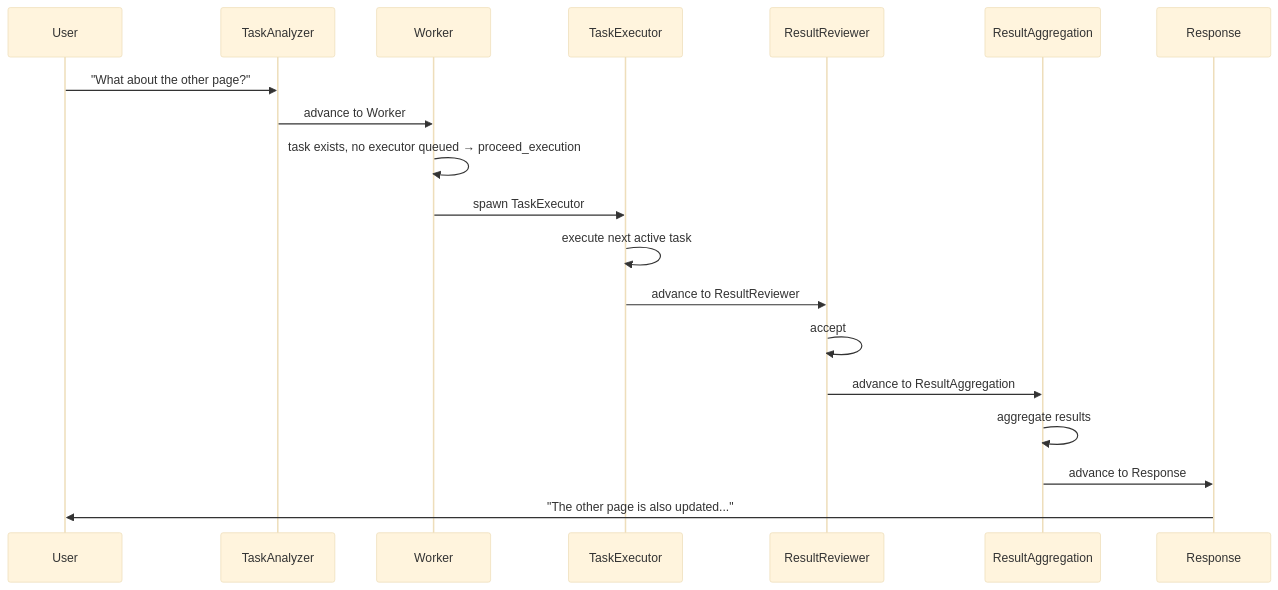
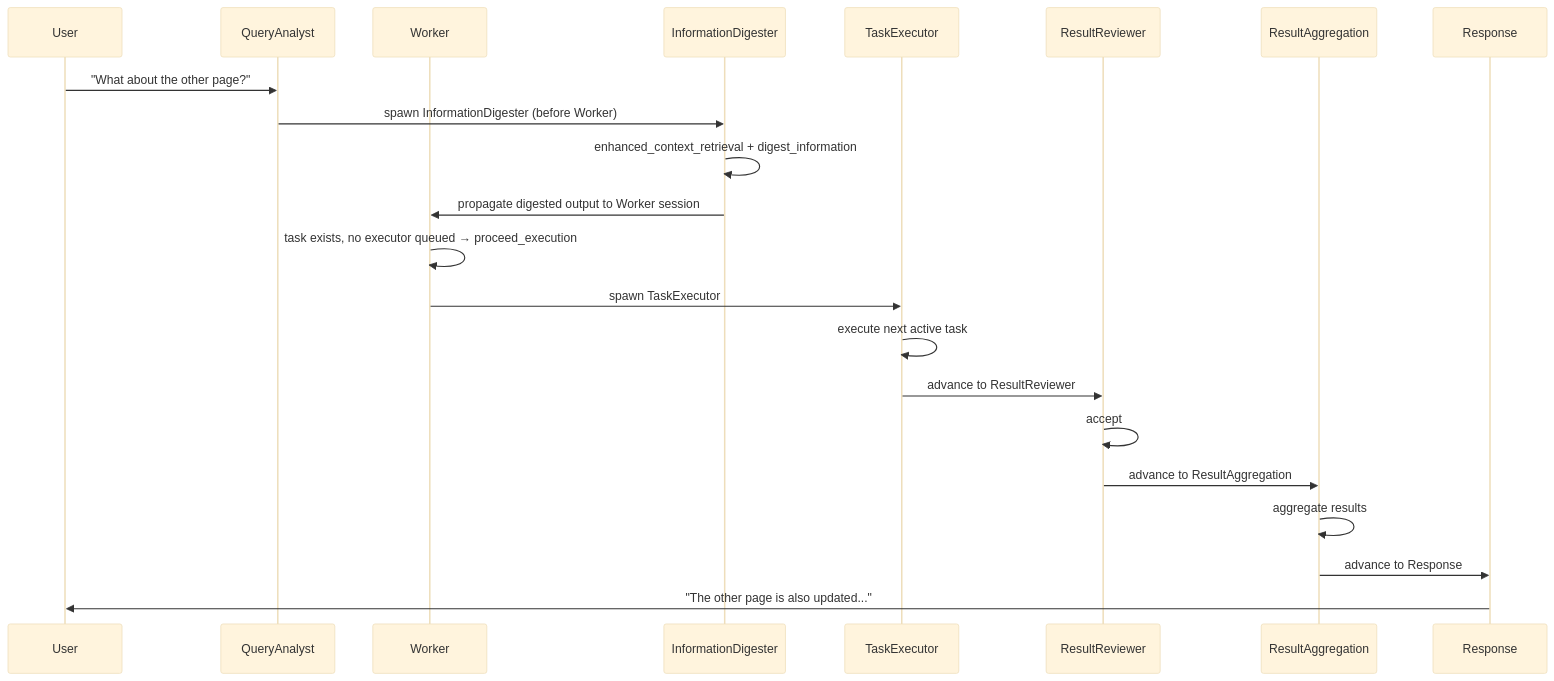
The second of 17 diagrams in src/tinycua/docs/design/loops/expected_scenarios.md (VJyzCELERY/TINYCUA), drawn with Mermaid (base theme) before and after one commit. The commit also changed other lines of this file and 5 other files, not shown here.

First line of the commit message:
fix(design): spawn InformationDigester before WorkerNode for better routing context (#117)

````diff
--- a/src/tinycua/docs/design/loops/expected_scenarios.md
+++ b/src/tinycua/docs/design/loops/expected_scenarios.md
@@ -64,22 +68,25 @@
 ```mermaid
 sequenceDiagram
     participant User
-    participant QA as TaskAnalyzer
+    participant QA as QueryAnalyst
     participant W as Worker
+    participant ID as InformationDigester
     participant TE as TaskExecutor
     participant RR as ResultReviewer
     participant RAgg as ResultAggregation
     participant R as Response
 
     User->>QA: "What about the other page?"
-    QA->>W: advance to Worker
+    QA->>ID: spawn InformationDigester (before Worker)
+    ID->>ID: enhanced_context_retrieval + digest_information
+    ID->>W: propagate digested output to Worker session
     W->>W: task exists, no executor queued → proceed_execution
     W->>TE: spawn TaskExecutor
     TE->>TE: execute next active task
     TE->>RR: advance to ResultReviewer
     RR->>RR: accept
     RR->>RAgg: advance to ResultAggregation
     RAgg->>RAgg: aggregate results
     RAgg->>R: advance to Response
     R->>User: "The other page is also updated..."
 ```
````
